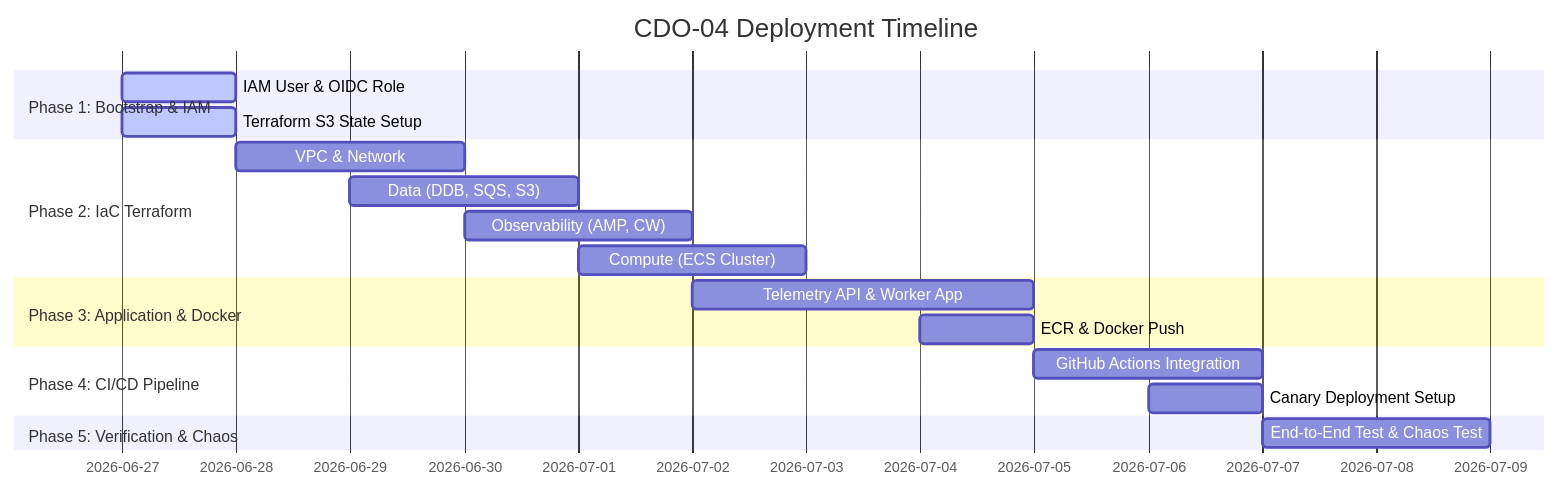
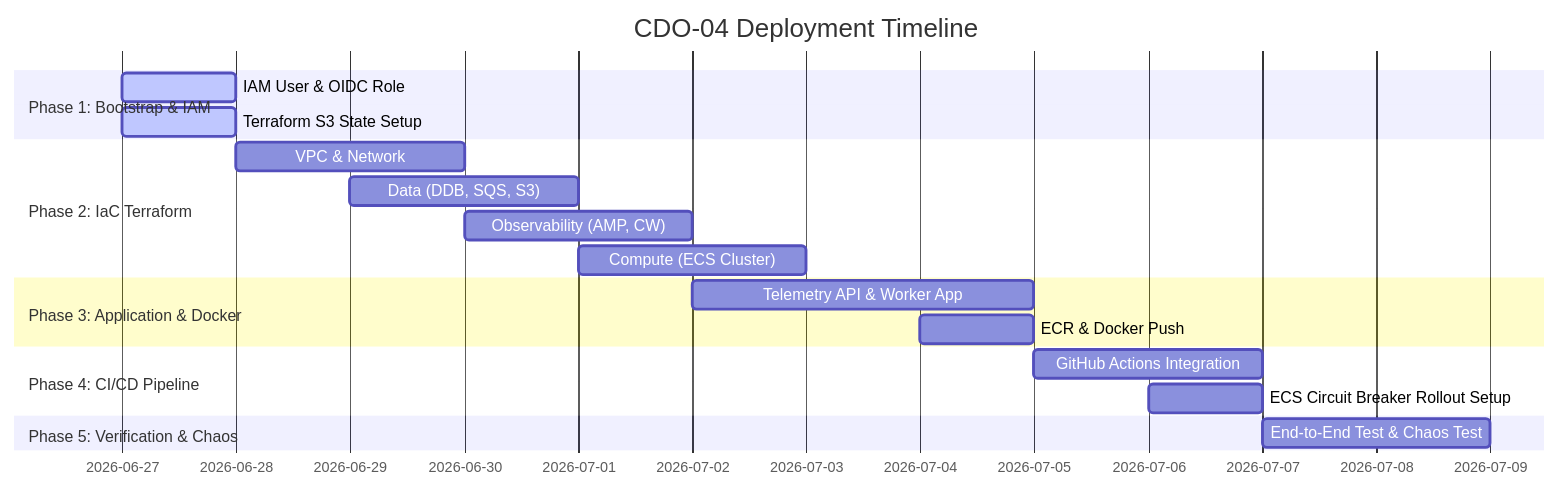
The diagram in note/implementation_plan.md (dragoncoil2609/tf4-cdo04-repo), drawn with Mermaid before and after one commit. The commit also changed other lines of this file and 19 other files, not shown here.

````diff
--- a/note/implementation_plan.md
+++ b/note/implementation_plan.md
@@ -65,21 +65,21 @@
 ```mermaid
 gantt
     title CDO-04 Deployment Timeline
     dateFormat  YYYY-MM-DD
     section Phase 1: Bootstrap & IAM
     IAM User & OIDC Role :active, 2026-06-27, 1d
     Terraform S3 State Setup :active, 2026-06-27, 1d
     section Phase 2: IaC Terraform
     VPC & Network : 2026-06-28, 2d
     Data (DDB, SQS, S3) : 2026-06-29, 2d
     Observability (AMP, CW) : 2026-06-30, 2d
     Compute (ECS Cluster) : 2026-07-01, 2d
     section Phase 3: Application & Docker
     Telemetry API & Worker App : 2026-07-02, 3d
     ECR & Docker Push : 2026-07-04, 1d
     section Phase 4: CI/CD Pipeline
     GitHub Actions Integration : 2026-07-05, 2d
-    Canary Deployment Setup : 2026-07-06, 1d
+    ECS Circuit Breaker Rollout Setup : 2026-07-06, 1d
     section Phase 5: Verification & Chaos
     End-to-End Test & Chaos Test : 2026-07-07, 2d
 ```
````
